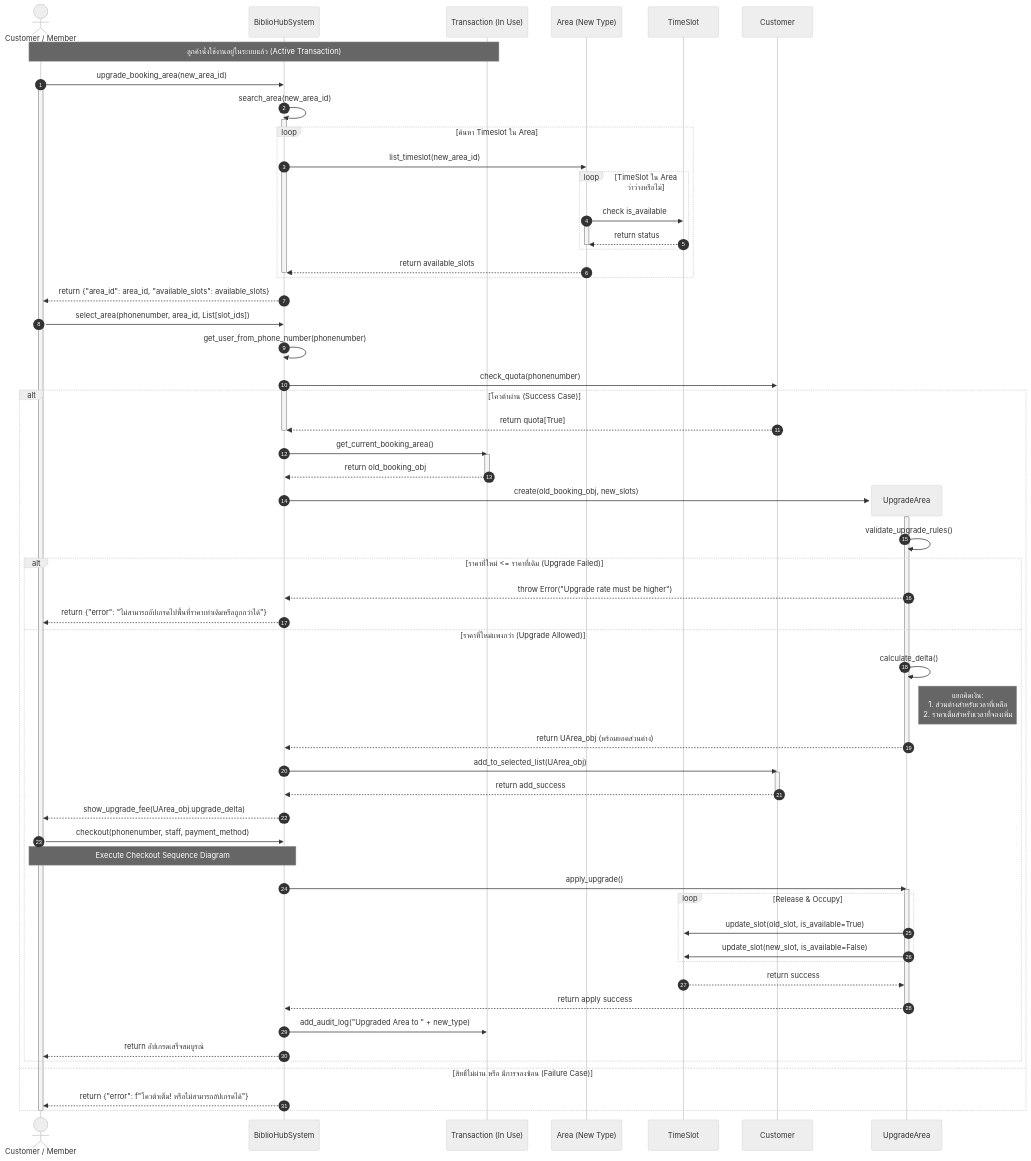
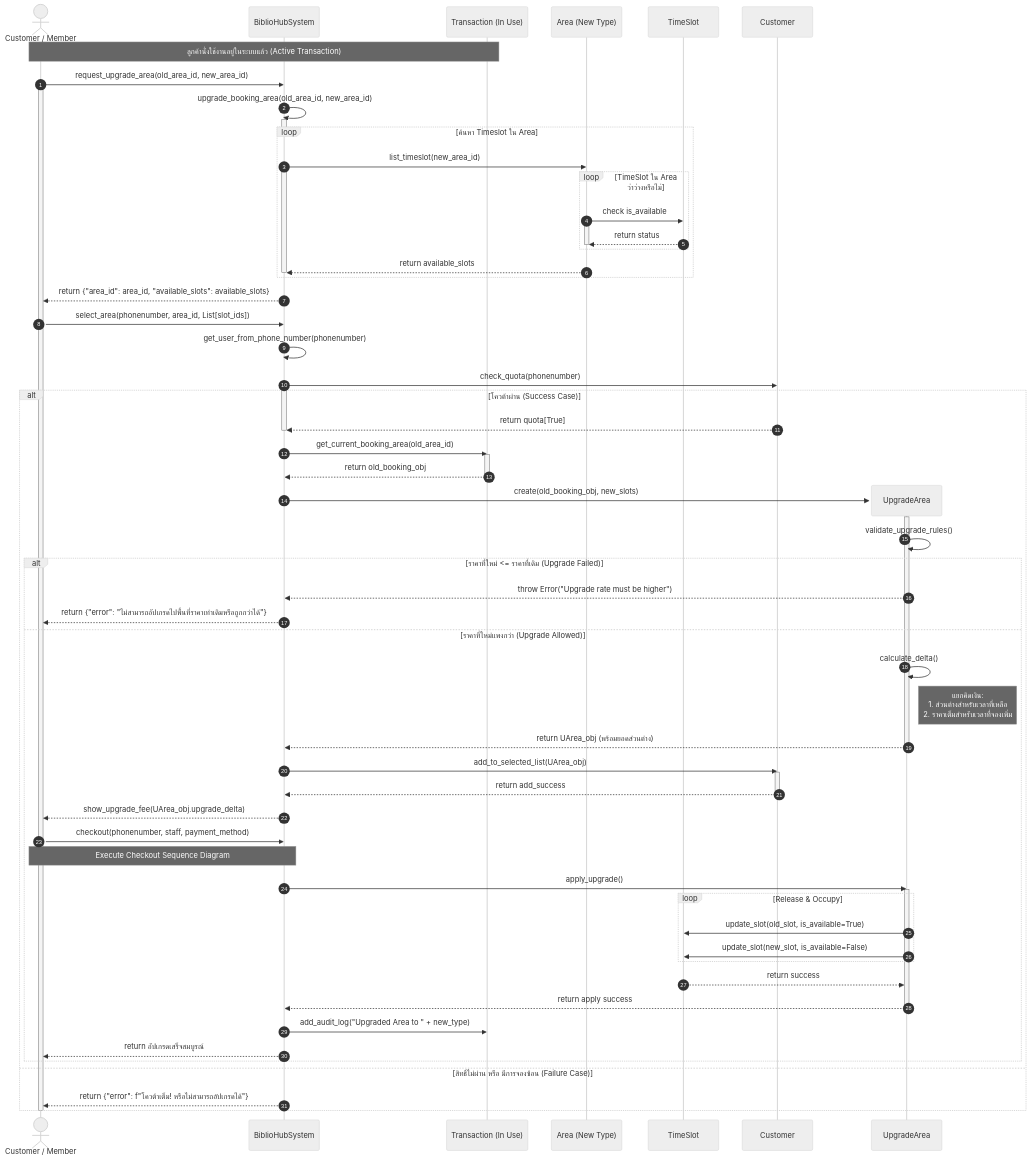
The diagram in mermaid/seq_upgrade_area.mmd (NadtaphumBadkhunthod/OOP), drawn with Mermaid (neutral theme) before and after one commit.

```diff
--- a/mermaid/seq_upgrade_area.mmd
+++ b/mermaid/seq_upgrade_area.mmd
@@ -1,100 +1,100 @@
 sequenceDiagram
     autonumber
     actor Customer as Customer / Member
     participant System as BiblioHubSystem
     participant Trans as Transaction (In Use)
     participant NewArea as Area (New Type)
     participant Slot as TimeSlot
     participant Customers as Customer
     
     Note over Customer, Trans: ลูกค้านั่งใช้งานอยู่ในระบบแล้ว (Active Transaction)
-
-    Customer->>System: upgrade_booking_area(new_area_id)
+    %% acthor requestมาที่ระบบ
+    Customer->>System: request_upgrade_area(old_area_id, new_area_id)
     activate Customer
-    
-    System->>System: search_area(new_area_id)
+    %% ระบบใช้methode upgrade_booking_area() ใน class ตัวเอง
+    System->>System: upgrade_booking_area(old_area_id, new_area_id) 
     activate System
     deactivate System
     
     %% ลูปค้นหาสล็อตว่าง
     loop ค้นหา Timeslot ใน Area
         System->>NewArea: list_timeslot(new_area_id)
         activate System
         loop TimeSlot ใน Area ว่าว่างหรือไม่
             NewArea->>Slot: check is_available
             activate NewArea
             Slot-->>NewArea: return status
             deactivate NewArea
         end
         NewArea-->>System: return available_slots
         deactivate System
     end
 
     System -->> Customer : return {"area_id": area_id, "available_slots": available_slots}
 
     Customer->>System: select_area(phonenumber, area_id, List[slot_ids])
     System->>System: get_user_from_phone_number(phonenumber)
     
     %% เช็คเวลาที่บวกเพิ่มว่าเกินโควต้าไหม
     System->>Customers: check_quota(phonenumber)
     activate System
     
     alt โควต้าผ่าน (Success Case)
         Customers-->>System: return quota[True]
         deactivate System
         
         %% ดึงข้อมูลที่นั่งเก่าออกมาเพื่อเตรียมเปรียบเทียบ
-        System->>Trans: get_current_booking_area()
+        System->>Trans: get_current_booking_area(old_area_id)
         activate Trans
         Trans-->>System: return old_booking_obj
         deactivate Trans
         
         create participant UArea as UpgradeArea
         System->>UArea: create(old_booking_obj, new_slots)
         activate UArea
         
         %% ตรวจสอบเงื่อนไขการอัปเกรด (ราคาต้องแพงกว่าเดิม)
         UArea->>UArea: validate_upgrade_rules()
         
         alt ราคาที่ใหม่ <= ราคาที่เดิม (Upgrade Failed)
             UArea-->>System: throw Error("Upgrade rate must be higher")
             System-->>Customer: return {"error": "ไม่สามารถอัปเกรดไปพื้นที่ราคาเท่าเดิมหรือถูกกว่าได้"}
         else ราคาที่ใหม่แพงกว่า (Upgrade Allowed)
             UArea->>UArea: calculate_delta()
             Note right of UArea: แยกคิดเงิน: <br/>1. ส่วนต่างสำหรับเวลาที่เหลือ<br/>2. ราคาเต็มสำหรับเวลาที่จองเพิ่ม
             UArea-->>System: return UArea_obj (พร้อมยอดส่วนต่าง)
             deactivate UArea
             
             %% จบที่การนำใส่ตะกร้า
             System->>Customers: add_to_selected_list(UArea_obj)
             activate Customers
             Customers-->>System: return add_success
             deactivate Customers
             
             System-->>Customer: show_upgrade_fee(UArea_obj.upgrade_delta)
             
             %% เรียกใช้ Checkout Flow 
             Customer->>System: checkout(phonenumber, staff, payment_method)
             
             Note over Customer,System: Execute Checkout Sequence Diagram
             
             %%สิ่งที่ต้องทำหลัง Checkout สำเร็จ 
             System->>UArea: apply_upgrade()
             activate UArea
             loop Release & Occupy
                 UArea->>Slot: update_slot(old_slot, is_available=True)
                 UArea->>Slot: update_slot(new_slot, is_available=False)
             end
             Slot-->>UArea: return success
             UArea-->>System: return apply success
             deactivate UArea
             
             System->>Trans: add_audit_log("Upgraded Area to " + new_type)
             System-->>Customer: return อัปเกรดเสร็จสมบูรณ์
         end
         
     else สิทธิ์ไม่ผ่าน หรือ มีการจองซ้อน (Failure Case)
         System-->>Customer: return {"error": f"โควต้าเต็ม! หรือไม่สามารถอัปเกรดได้"}
     end
     
     deactivate Customer
```
